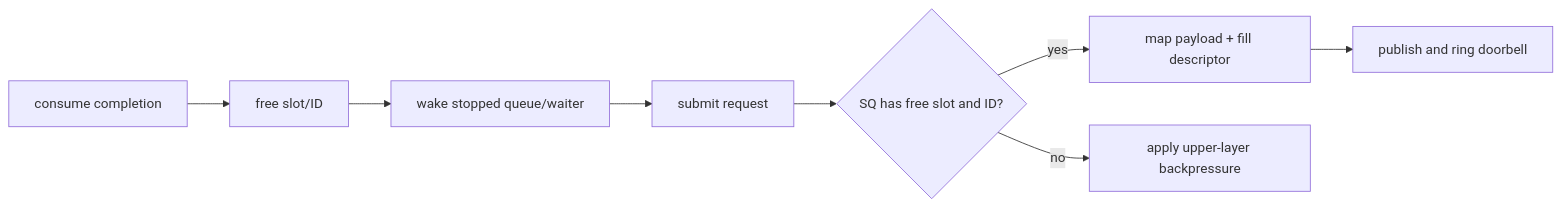
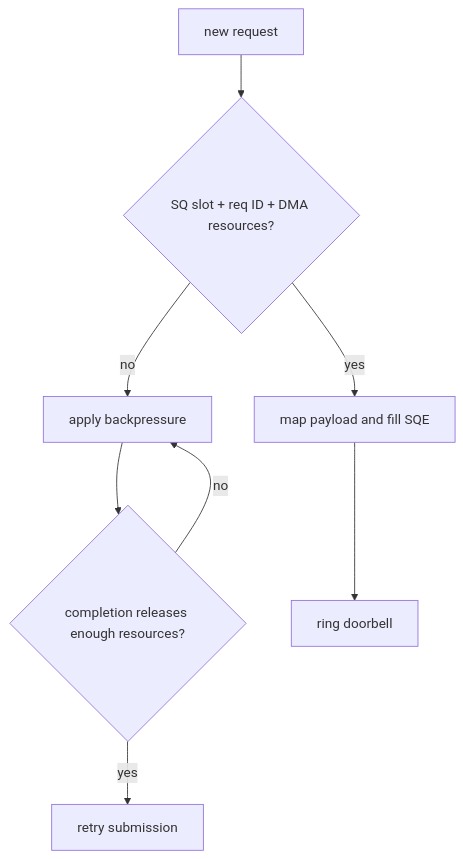
Before and after one commit to cdragon-ljl/EEandEdgeAI: the fourth of 5 diagrams in docs/articles/pcie/pci-09-dma-descriptor-ring.md, drawn with Mermaid. The commit also changed other lines of this file and 4 other files, not shown here.

````diff
--- a/docs/articles/pcie/pci-09-dma-descriptor-ring.md
+++ b/docs/articles/pcie/pci-09-dma-descriptor-ring.md
@@ -315,10 +169,10 @@
 ```mermaid
-flowchart LR
-    SUB[submit request] --> F{SQ has free slot and ID?}
-    F -- yes --> MAP[map payload + fill descriptor]
-    MAP --> PUB[publish and ring doorbell]
-    F -- no --> BP[apply upper-layer backpressure]
-    CQ[consume completion] --> FREE[free slot/ID]
-    FREE --> WAKE[wake stopped queue/waiter]
-    WAKE --> SUB
+flowchart TD
+    SUBMIT[new request] --> CHECK{SQ slot + req ID + DMA resources?}
+    CHECK -- no --> STOP[apply backpressure]
+    STOP --> WAKE{completion releases enough resources?}
+    WAKE -- no --> STOP
+    WAKE -- yes --> RETRY[retry submission]
+    CHECK -- yes --> MAP[map payload and fill SQE]
+    MAP --> DB[ring doorbell]
 ```
````
